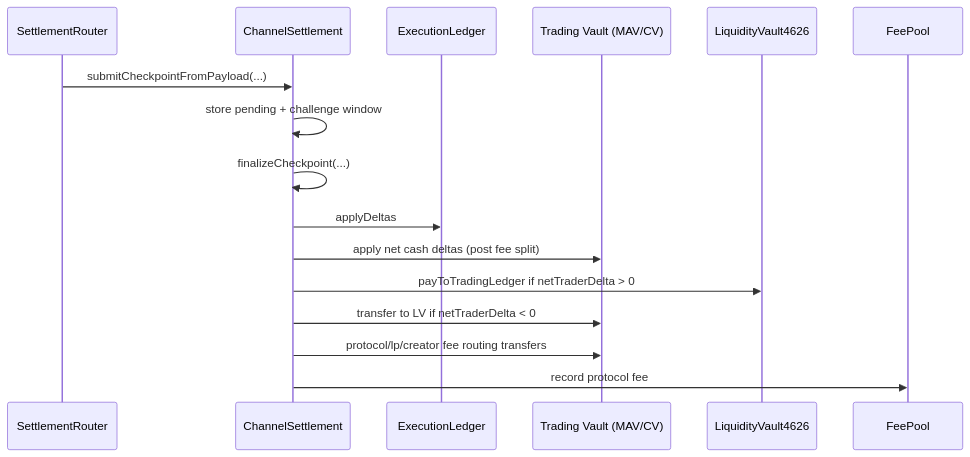
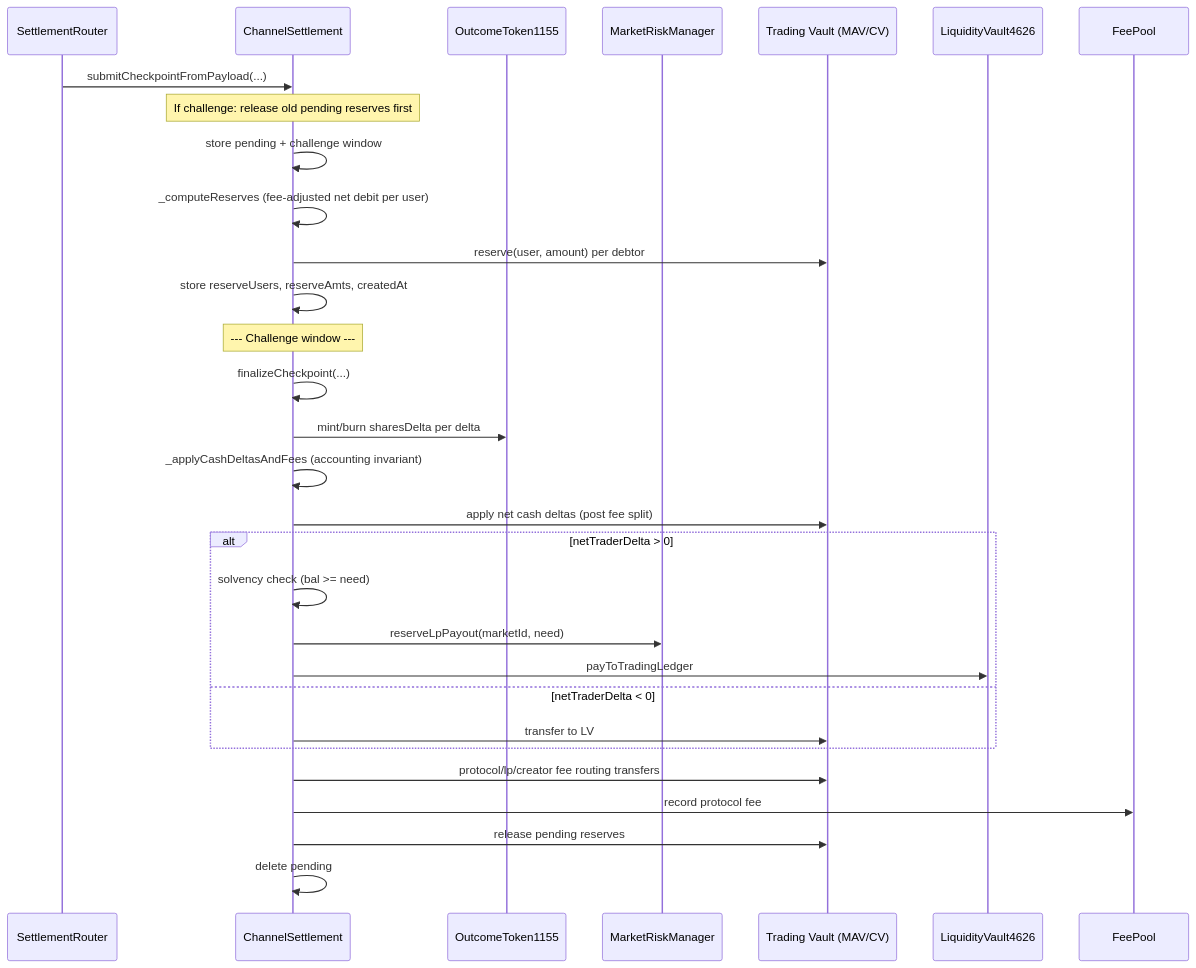
One commit to mAsyamJ/ShadowPool changed the fourth of 4 diagrams in docs/abi/docs/CurrentSmartContract.md. Above: the diagram before and after it, drawn with Mermaid. The commit also changed other lines of this file and 94 other files, not shown here.

````diff
--- a/docs/abi/docs/CurrentSmartContract.md
+++ b/docs/abi/docs/CurrentSmartContract.md
@@ -290,19 +340,33 @@
 ```mermaid
 sequenceDiagram
   participant SR as SettlementRouter
   participant CS as ChannelSettlement
-  participant EL as ExecutionLedger
+  participant OT as OutcomeToken1155
+  participant RM as MarketRiskManager
   participant TV as Trading Vault (MAV/CV)
   participant LV as LiquidityVault4626
   participant FP as FeePool
 
   SR->>CS: submitCheckpointFromPayload(...)
+  Note over CS: If challenge: release old pending reserves first
   CS->>CS: store pending + challenge window
+  CS->>CS: _computeReserves (fee-adjusted net debit per user)
+  CS->>TV: reserve(user, amount) per debtor
+  CS->>CS: store reserveUsers, reserveAmts, createdAt
+  Note over CS: --- Challenge window ---
   CS->>CS: finalizeCheckpoint(...)
-  CS->>EL: applyDeltas
+  CS->>OT: mint/burn sharesDelta per delta
+  CS->>CS: _applyCashDeltasAndFees (accounting invariant)
   CS->>TV: apply net cash deltas (post fee split)
-  CS->>LV: payToTradingLedger if netTraderDelta > 0
-  CS->>TV: transfer to LV if netTraderDelta < 0
+  alt netTraderDelta > 0
+    CS->>CS: solvency check (bal >= need)
+    CS->>RM: reserveLpPayout(marketId, need)
+    CS->>LV: payToTradingLedger
+  else netTraderDelta < 0
+    CS->>TV: transfer to LV
+  end
   CS->>TV: protocol/lp/creator fee routing transfers
   CS->>FP: record protocol fee
+  CS->>TV: release pending reserves
+  CS->>CS: delete pending
 ```
````
